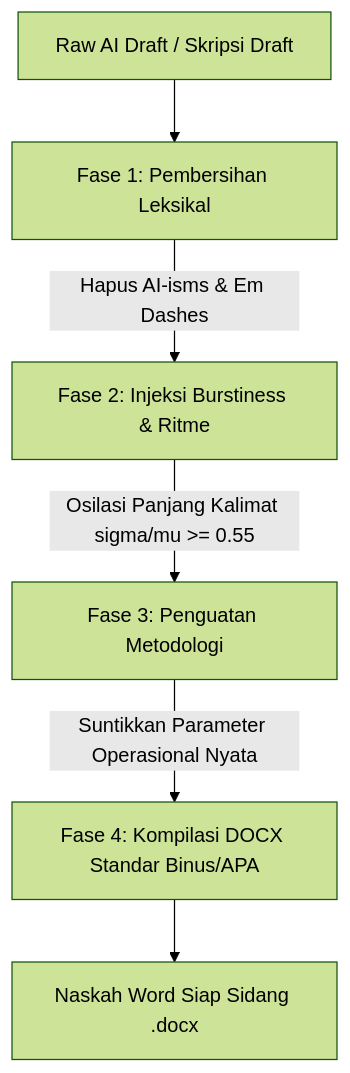
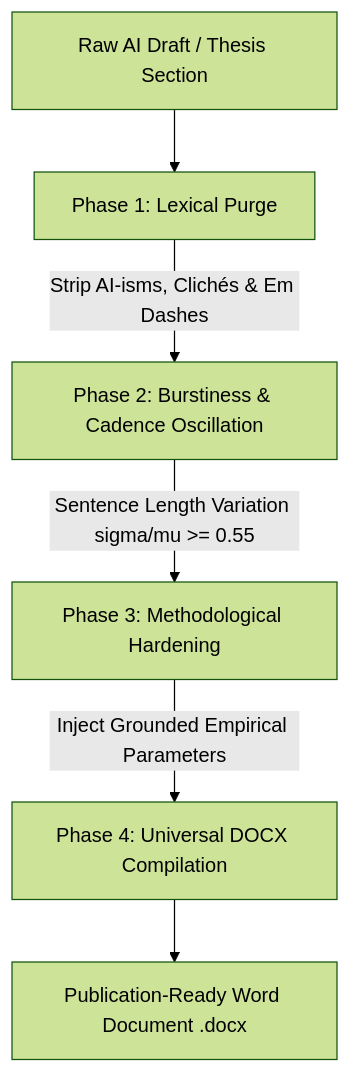
The diagram in README.md (demusraph/academic-writing-engine), drawn with Mermaid (forest theme) before and after one commit. The commit also changed other lines of this file and 6 other files, not shown here.

````diff
--- a/README.md
+++ b/README.md
@@ -26,8 +26,8 @@
 ```mermaid
 graph TD
-    A[Raw AI Draft / Skripsi Draft] --> B[Fase 1: Pembersihan Leksikal]
-    B -->|Hapus AI-isms & Em Dashes| C[Fase 2: Injeksi Burstiness & Ritme]
-    C -->|Osilasi Panjang Kalimat sigma/mu >= 0.55| D[Fase 3: Penguatan Metodologi]
-    D -->|Suntikkan Parameter Operasional Nyata| E[Fase 4: Kompilasi DOCX Standar Binus/APA]
-    E --> F[Naskah Word Siap Sidang .docx]
+    A[Raw AI Draft / Thesis Section] --> B[Phase 1: Lexical Purge]
+    B -->|Strip AI-isms, Clichés & Em Dashes| C[Phase 2: Burstiness & Cadence Oscillation]
+    C -->|Sentence Length Variation sigma/mu >= 0.55| D[Phase 3: Methodological Hardening]
+    D -->|Inject Grounded Empirical Parameters| E[Phase 4: Universal DOCX Compilation]
+    E --> F[Publication-Ready Word Document .docx]
 ```
````
